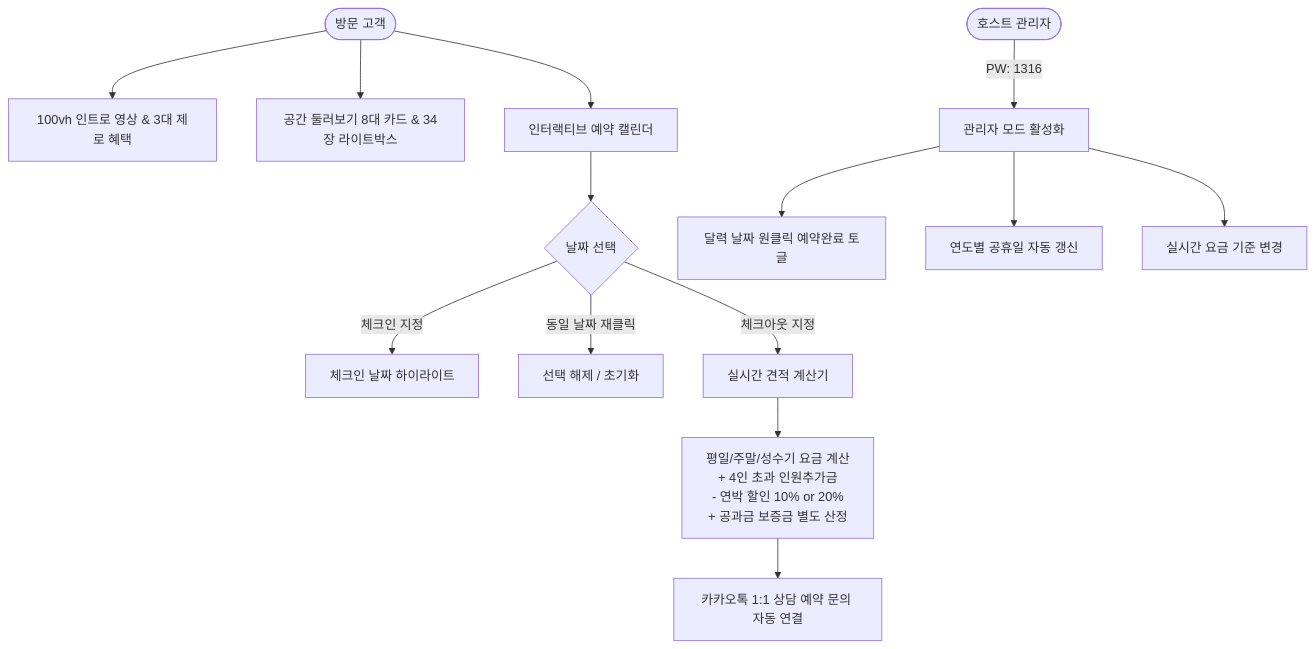
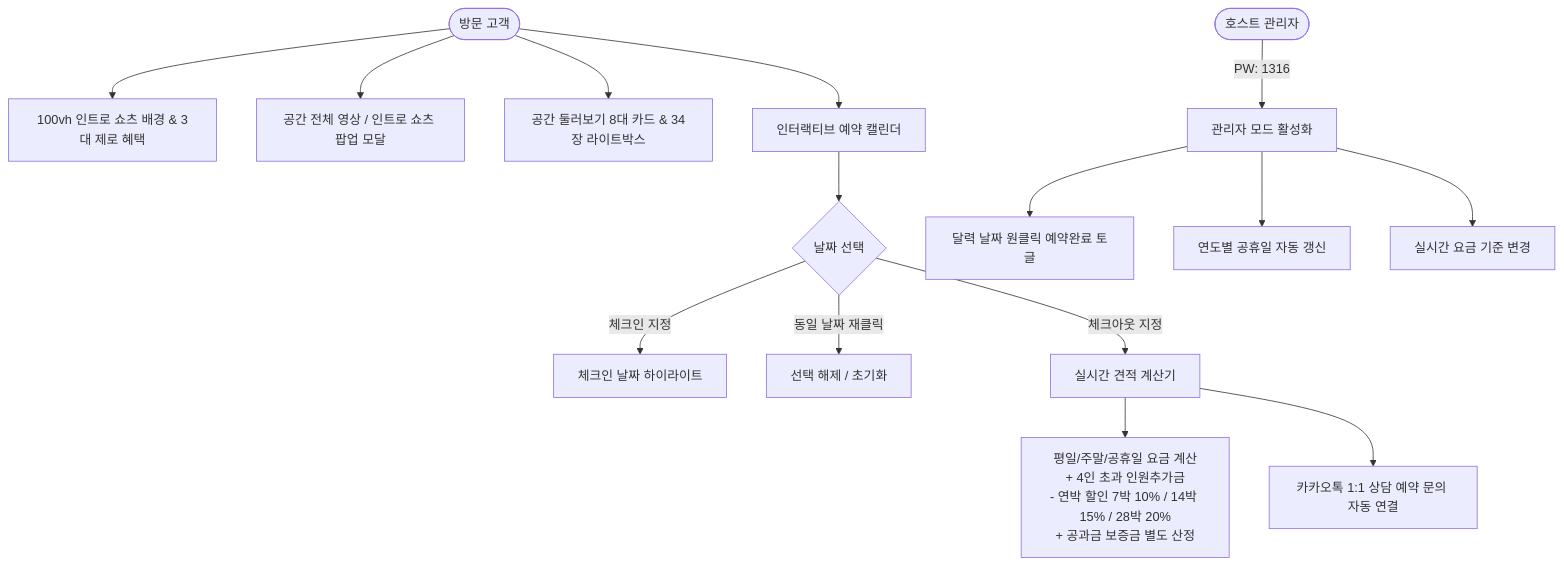
Before and after one commit to adoptercokr/jejuheestay: the diagram in HEESTAY_제작과정_운영매뉴얼_완전가이드.md, drawn with Mermaid. The commit also changed other lines of this file and 4 other files, not shown here.

````diff
--- a/HEESTAY_제작과정_운영매뉴얼_완전가이드.md
+++ b/HEESTAY_제작과정_운영매뉴얼_완전가이드.md
@@ -101,19 +126,20 @@
 ```mermaid
 flowchart TD
-    User([방문 고객]) --> Hero[100vh 인트로 영상 & 3대 제로 혜택]
+    User([방문 고객]) --> Hero[100vh 인트로 쇼츠 배경 & 3대 제로 혜택]
+    User --> VideoModal[공간 전체 영상 / 인트로 쇼츠 팝업 모달]
     User --> SpaceTour[공간 둘러보기 8대 카드 & 34장 라이트박스]
     User --> Calendar[인터랙티브 예약 캘린더]
     
     Calendar --> DateSelect{날짜 선택}
     DateSelect -->|체크인 지정| ActiveCheckin[체크인 날짜 하이라이트]
     DateSelect -->|동일 날짜 재클릭| ResetDate[선택 해제 / 초기화]
     DateSelect -->|체크아웃 지정| CalcQuote[실시간 견적 계산기]
     
-    CalcQuote --> AutoMath[평일/주말/성수기 요금 계산<br/>+ 4인 초과 인원추가금<br/>- 연박 할인 10% or 20%<br/>+ 공과금 보증금 별도 산정]
-    AutoMath --> KakaoCTA[카카오톡 1:1 상담 예약 문의 자동 연결]
+    CalcQuote --> AutoMath[평일/주말/공휴일 요금 계산<br/>+ 4인 초과 인원추가금<br/>- 연박 할인 7박 10% / 14박 15% / 28박 20%<br/>+ 공과금 보증금 별도 산정]
+    CalcQuote --> KakaoCTA[카카오톡 1:1 상담 예약 문의 자동 연결]
     
     Admin([호스트 관리자]) -->|PW: 1316| AdminBar[관리자 모드 활성화]
     AdminBar --> ToggleDate[달력 날짜 원클릭 예약완료 토글]
     AdminBar --> HolidaySync[연도별 공휴일 자동 갱신]
     AdminBar --> PriceConfig[실시간 요금 기준 변경]
 ```
````
